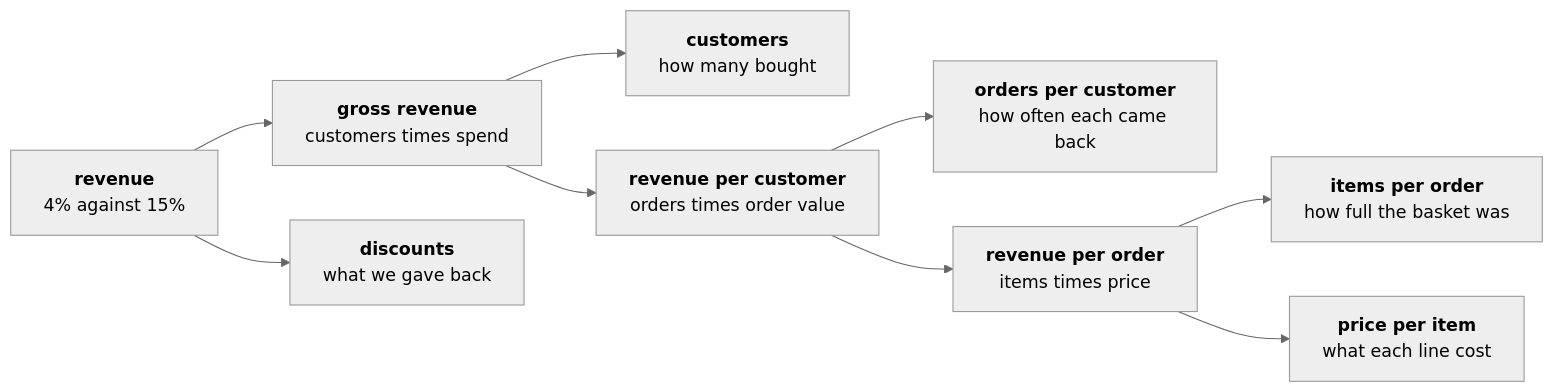
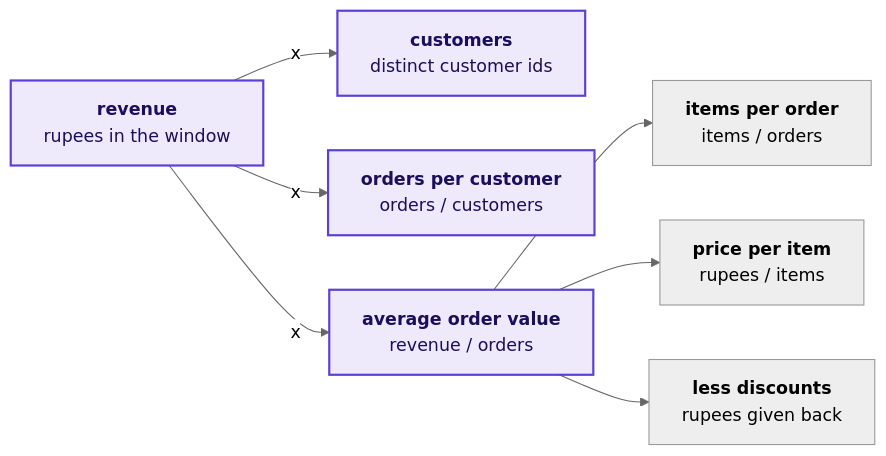
One commit to fde-academy-lab/c2-content-factory changed the second of 6 diagrams in content/W03/D1/slides/C2_W03_D01_introduction_STUDENT.md. Above: the diagram before and after it, drawn with Mermaid (neutral theme). The commit also changed other lines of this file and 1 other file, not shown here.

````diff
--- a/content/W03/D1/slides/C2_W03_D01_introduction_STUDENT.md
+++ b/content/W03/D1/slides/C2_W03_D01_introduction_STUDENT.md
@@ -257,11 +329,11 @@
 ```mermaid
 flowchart LR
-    R["<b>revenue</b><br/>4% against 15%"] --> G["<b>gross revenue</b><br/>customers times spend"]
-    R --> D["<b>discounts</b><br/>what we gave back"]
-    G --> C["<b>customers</b><br/>how many bought"]
-    G --> V["<b>revenue per customer</b><br/>orders times order value"]
-    V --> F["<b>orders per customer</b><br/>how often each came back"]
-    V --> O["<b>revenue per order</b><br/>items times price"]
-    O --> B["<b>items per order</b><br/>how full the basket was"]
-    O --> P["<b>price per item</b><br/>what each line cost"]
+    R["<b>revenue</b><br/>rupees in the window"] -->|"x"| C["<b>customers</b><br/>distinct customer ids"]
+    R -->|"x"| F["<b>orders per customer</b><br/>orders / customers"]
+    R -->|"x"| A["<b>average order value</b><br/>revenue / orders"]
+    A --> I["<b>items per order</b><br/>items / orders"]
+    A --> P["<b>price per item</b><br/>rupees / items"]
+    A --> D["<b>less discounts</b><br/>rupees given back"]
+    classDef known fill:#EEEAFB,stroke:#5B3FD6,color:#1A0F5C,stroke-width:2px
+    class R,C,F,A known
 ```
````
